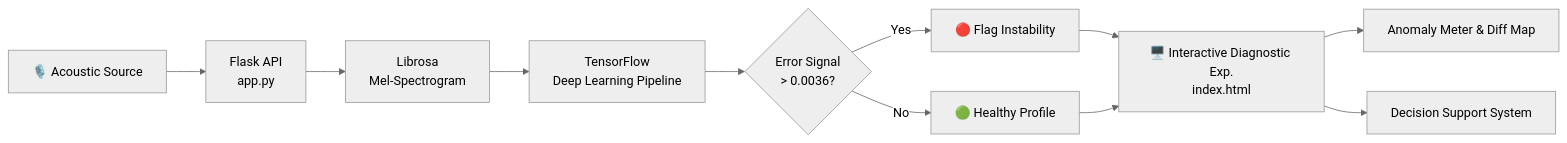
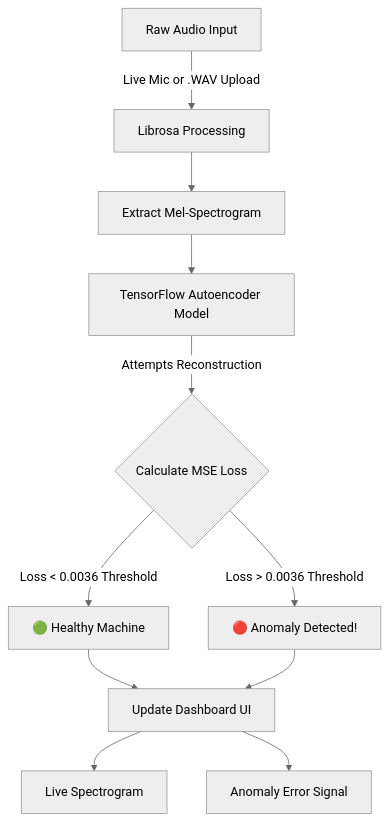
One commit to mayank-goyal09/NoiseNinja changed the second of 2 diagrams in README.md. Above: the diagram before and after it, drawn with Mermaid (neutral theme). The commit also changed other lines of this file, not shown here.

````diff
--- a/README.md
+++ b/README.md
@@ -109,13 +104,13 @@
 ```mermaid
-flowchart LR
-    A[🎙️ Acoustic Source] --> B[Flask API\napp.py]
-    B --> C[Librosa\nMel-Spectrogram]
-    C --> D[TensorFlow\nDeep Learning Pipeline]
-    D --> E{Error Signal\n> 0.0036?}
-    E -->|Yes| F[🔴 Flag Instability]
-    E -->|No| G[🟢 Healthy Profile]
-    F --> H[🖥️ Interactive Diagnostic Exp.\nindex.html]
+graph TD
+    A[Raw Audio Input] -->|Live Mic or .WAV Upload| B[Librosa Processing]
+    B --> C[Extract Mel-Spectrogram]
+    C --> D[TensorFlow Autoencoder Model]
+    D -->|Attempts Reconstruction| E{Calculate MSE Loss}
+    E -->|Loss < 0.0036 Threshold| F[🟢 Healthy Machine]
+    E -->|Loss > 0.0036 Threshold| G[🔴 Anomaly Detected!]
+    F --> H[Update Dashboard UI]
     G --> H
-    H --> I[Anomaly Meter & Diff Map]
-    H --> J[Decision Support System]
+    H --> I[Live Spectrogram]
+    H --> J[Anomaly Error Signal]
 ```
````
